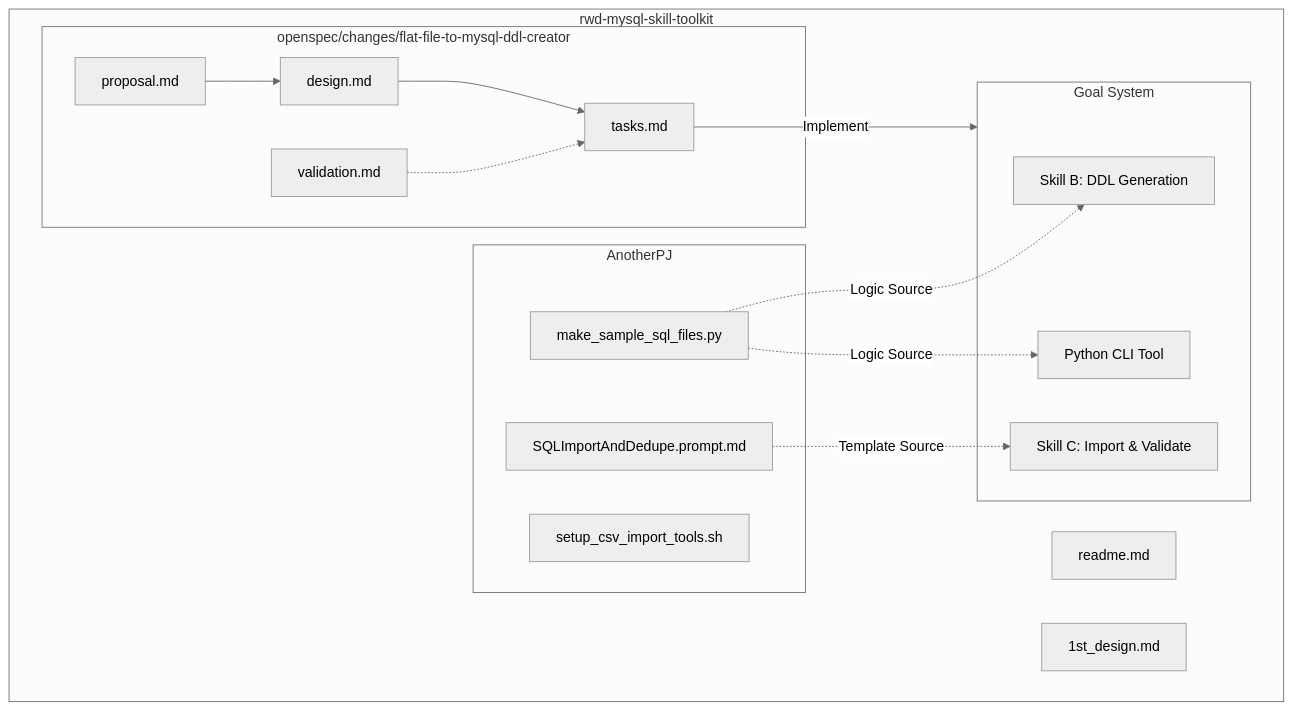
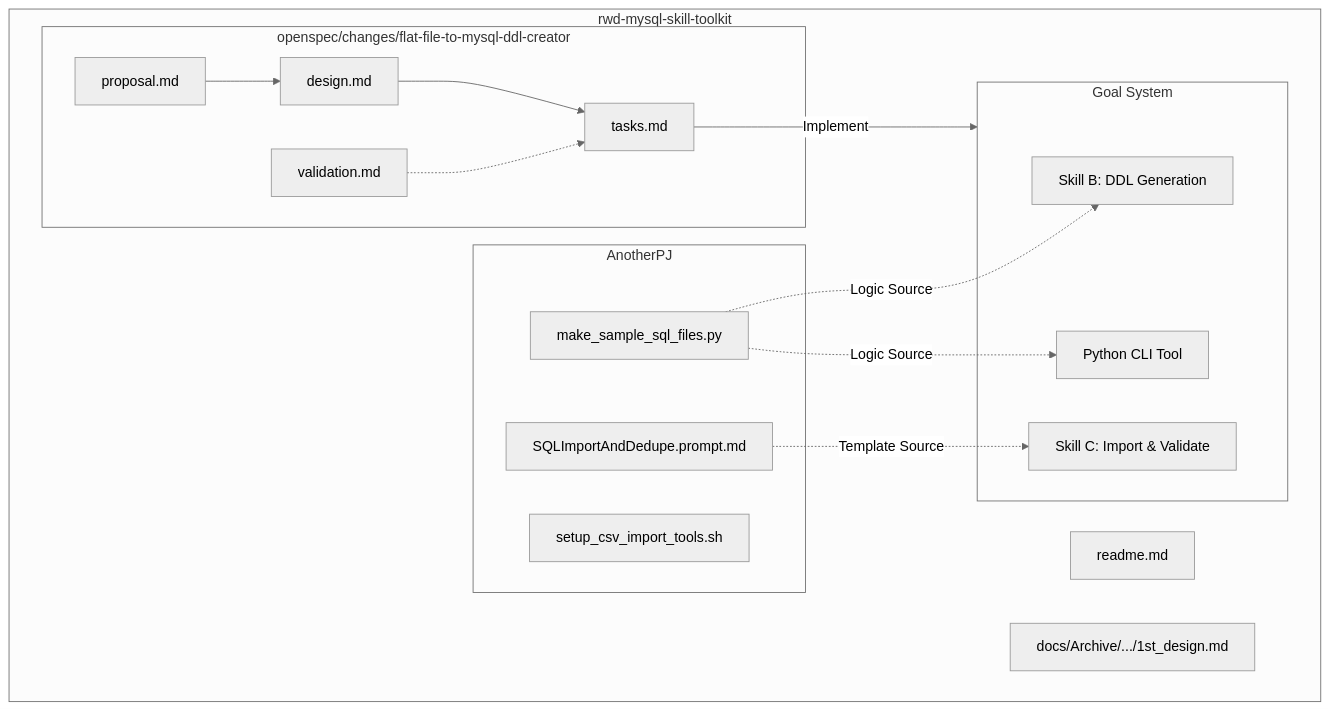
The first of 2 diagrams in docs/Archive/04_flat_file_mysql_skills/walkthrough0217_0020.md (syrius2000/rwd-mysql-skill-toolkit), drawn with Mermaid (neutral theme) before and after one commit. The commit also changed other lines of this file and 106 other files, not shown here.

````diff
--- a/docs/Archive/04_flat_file_mysql_skills/walkthrough0217_0020.md
+++ b/docs/Archive/04_flat_file_mysql_skills/walkthrough0217_0020.md
@@ -12,36 +12,36 @@
 ```mermaid
 graph TD
     subgraph Repo [rwd-mysql-skill-toolkit]
         README[readme.md]
-        Design1[1st_design.md]
+        Design1[docs/Archive/.../1st_design.md]
 
         subgraph OpenSpec [openspec/changes/flat-file-to-mysql-ddl-creator]
             Prop[proposal.md]
             Design[design.md]
             Tasks[tasks.md]
             Valid[validation.md]
         end
 
         subgraph Assets [AnotherPJ]
             PyScript[make_sample_sql_files.py]
             Prompt[SQLImportAndDedupe.prompt.md]
             Setup[setup_csv_import_tools.sh]
         end
 
         subgraph Target [Goal System]
             SkillB[Skill B: DDL Generation]
             SkillC[Skill C: Import & Validate]
             CLI[Python CLI Tool]
         end
 
         Prop --> Design
         Design --> Tasks
         Valid -.-> Tasks
 
         PyScript -.->|Logic Source| SkillB
         PyScript -.->|Logic Source| CLI
         Prompt -.->|Template Source| SkillC
 
         Tasks -->|Implement| Target
     end
 ```
````
